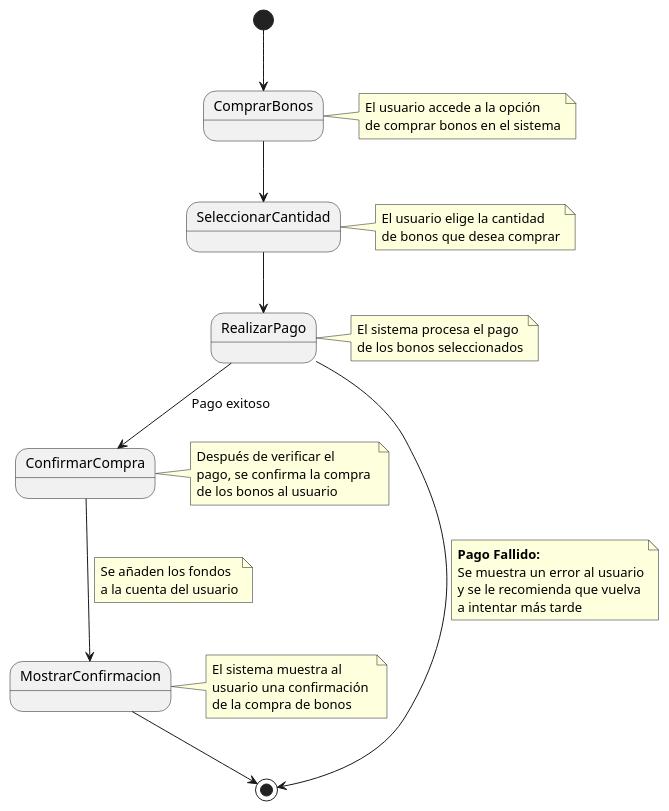
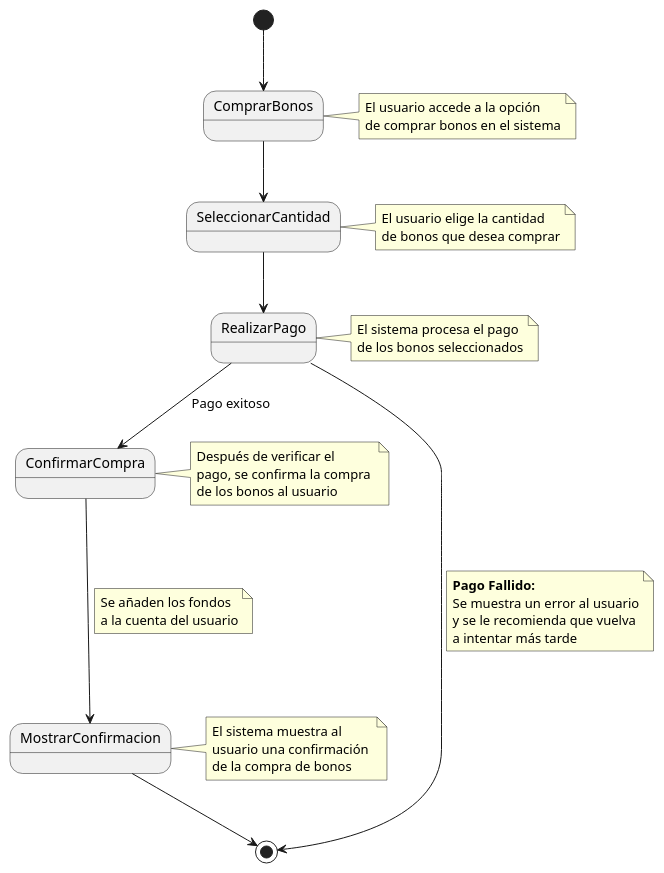
Before and after one commit to pablarce/23-24-IdSw1-SDR: the diagram in CasosDeUso/CduDetallados/CduPagos/ComprarBonos.puml, drawn with PlantUML. The commit also changed 1 other file, not shown here.

```diff
--- a/CasosDeUso/CduDetallados/CduPagos/ComprarBonos.puml
+++ b/CasosDeUso/CduDetallados/CduPagos/ComprarBonos.puml
@@ -1,48 +1,48 @@
 @startuml
 
 [*] --> ComprarBonos
 note right of ComprarBonos
  El usuario accede a la opción 
  de comprar bonos en el sistema
 end note
 
 ComprarBonos --> SeleccionarCantidad
 note right of SeleccionarCantidad
  El usuario elige la cantidad 
  de bonos que desea comprar
 end note
 
 SeleccionarCantidad --> RealizarPago
 note right of RealizarPago
  El sistema procesa el pago 
  de los bonos seleccionados
 end note
 
 RealizarPago --> ConfirmarCompra : Pago exitoso
 note right of ConfirmarCompra
  Después de verificar el 
  pago, se confirma la compra 
  de los bonos al usuario
 end note
 
 RealizarPago --> [*]
 note on link
 **Pago Fallido:**
 Se muestra un error al usuario
 y se le recomienda que vuelva
 a intentar más tarde
 end note
 
-ConfirmarCompra --> MostrarConfirmacion
+ConfirmarCompra ---> MostrarConfirmacion
 note  on  link
 Se añaden los fondos 
 a la cuenta del usuario
 end note
 note right of MostrarConfirmacion
 El sistema muestra al 
 usuario una confirmación 
 de la compra de bonos
 end note
 
 MostrarConfirmacion --> [*]
 @enduml
```
